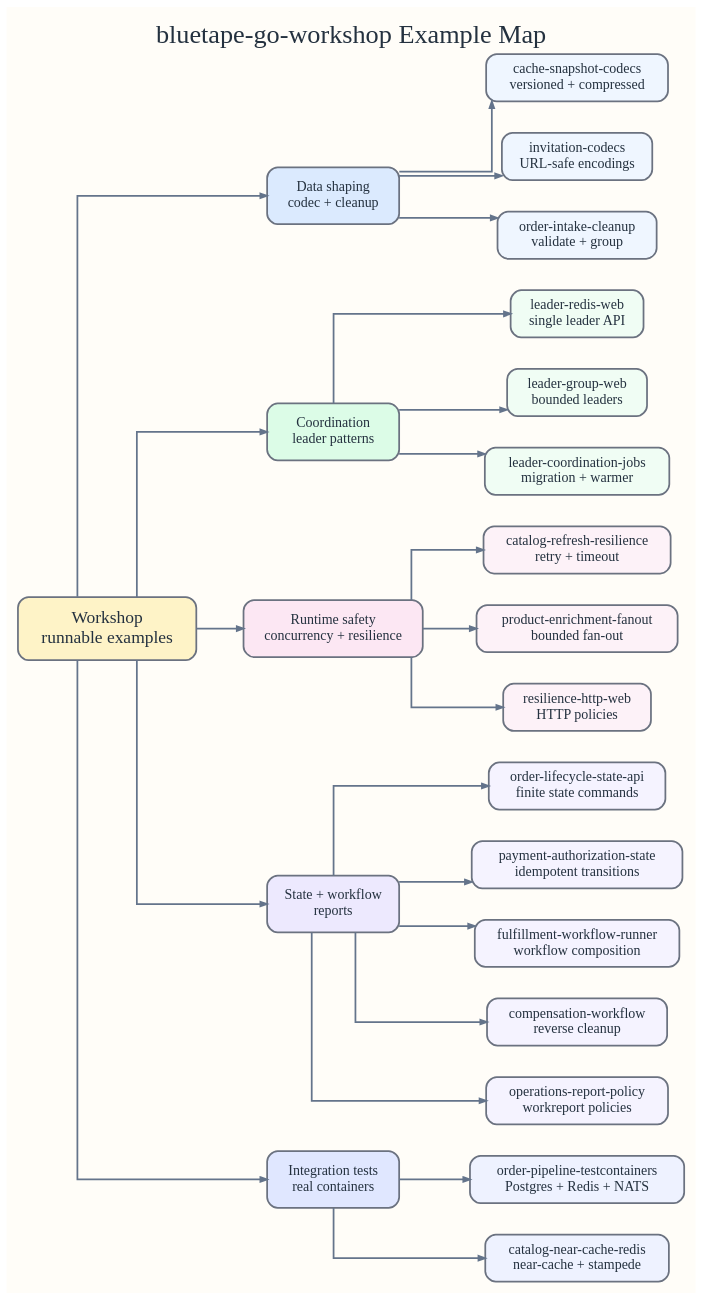
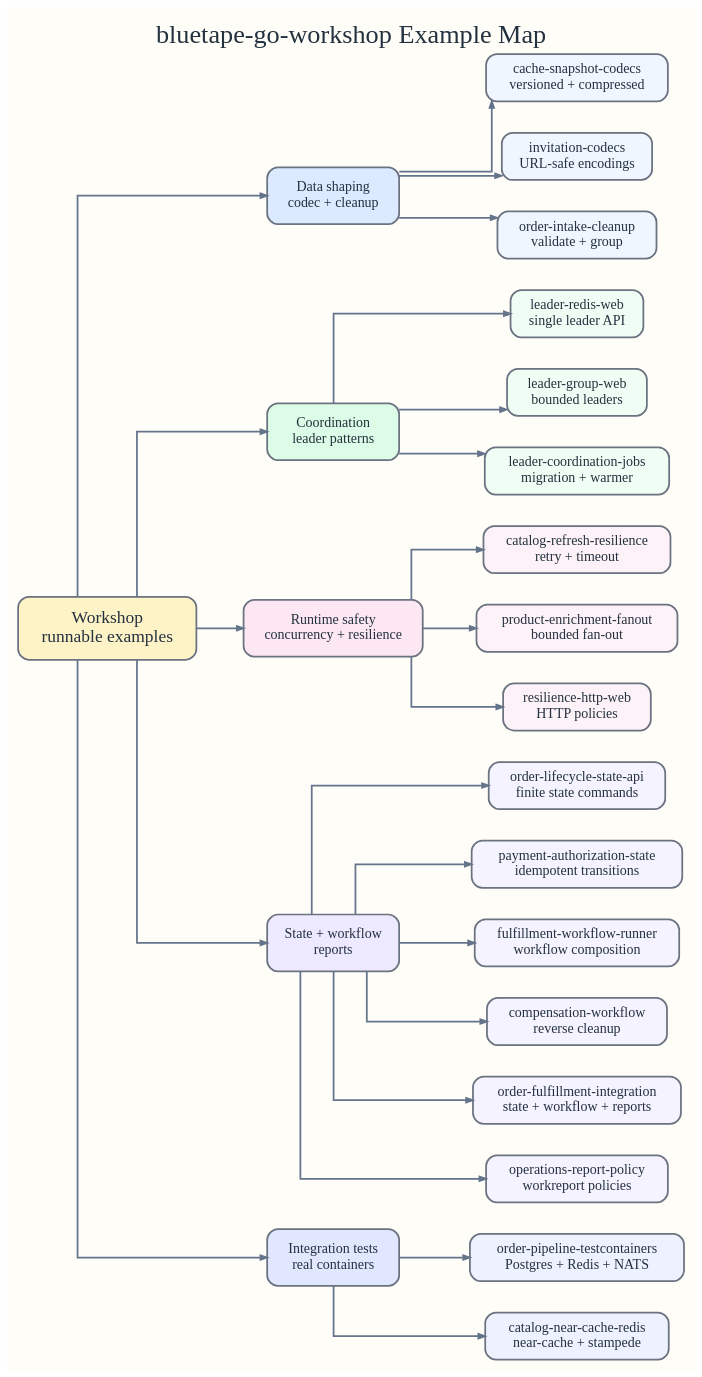
Before and after one commit to bluetape4k/bluetape-go-workshop: the diagram in docs/images/readme-diagrams/workshop-example-map.dot, drawn with Graphviz. The commit also changed 38 other files, not shown here.

First line of the commit message:
Teach integrated order fulfillment workflow

```diff
--- a/docs/images/readme-diagrams/workshop-example-map.dot
+++ b/docs/images/readme-diagrams/workshop-example-map.dot
@@ -1,81 +1,83 @@
 digraph G {
   graph [
     rankdir=LR,
     bgcolor="#fffdf8",
     margin=0.18,
     pad=0.18,
     nodesep=0.5,
     ranksep=0.75,
     splines=ortho,
     fontnames=svg,
     fontname="Architects Daughter",
     label="bluetape-go-workshop Example Map",
     labelloc=t,
     fontsize=30,
     fontcolor="#24313f"
   ];
   node [
     shape=rect,
     style="rounded,filled",
     penwidth=2,
     fontname="Comic Mono",
     fontsize=16,
     color="#6b7280",
     fontcolor="#24313f",
     margin="0.16,0.12"
   ];
   edge [
     color="#64748b",
     penwidth=2,
     arrowsize=0.75,
     fontname="Comic Mono",
     fontsize=12,
     fontcolor="#475569"
   ];
 
   workshop [label="Workshop\nrunnable examples", fillcolor="#fef3c7", fontname="Architects Daughter", fontsize=20, width=2.4, height=1.0];
   data [label="Data shaping\ncodec + cleanup", fillcolor="#dbeafe", width=2.1, height=0.9];
   leadership [label="Coordination\nleader patterns", fillcolor="#dcfce7", width=2.1, height=0.9];
   runtime [label="Runtime safety\nconcurrency + resilience", fillcolor="#fce7f3", width=2.35, height=0.9];
   stateflow [label="State + workflow\nreports", fillcolor="#ede9fe", width=2.1, height=0.9];
   integration [label="Integration tests\nreal containers", fillcolor="#e0e7ff", width=2.1, height=0.9];
 
   snapshot [label="cache-snapshot-codecs\nversioned + compressed", fillcolor="#eff6ff"];
   invites [label="invitation-codecs\nURL-safe encodings", fillcolor="#eff6ff"];
   cleanup [label="order-intake-cleanup\nvalidate + group", fillcolor="#eff6ff"];
   singleLeader [label="leader-redis-web\nsingle leader API", fillcolor="#f0fdf4"];
   groupLeader [label="leader-group-web\nbounded leaders", fillcolor="#f0fdf4"];
   jobs [label="leader-coordination-jobs\nmigration + warmer", fillcolor="#f0fdf4"];
   refresh [label="catalog-refresh-resilience\nretry + timeout", fillcolor="#fdf2f8"];
   enrich [label="product-enrichment-fanout\nbounded fan-out", fillcolor="#fdf2f8"];
   http [label="resilience-http-web\nHTTP policies", fillcolor="#fdf2f8"];
   orderState [label="order-lifecycle-state-api\nfinite state commands", fillcolor="#f5f3ff"];
   paymentState [label="payment-authorization-state\nidempotent transitions", fillcolor="#f5f3ff"];
   fulfillment [label="fulfillment-workflow-runner\nworkflow composition", fillcolor="#f5f3ff"];
   compensation [label="compensation-workflow\nreverse cleanup", fillcolor="#f5f3ff"];
+  fulfillmentIntegration [label="order-fulfillment-integration\nstate + workflow + reports", fillcolor="#f5f3ff"];
   reports [label="operations-report-policy\nworkreport policies", fillcolor="#f5f3ff"];
   pipeline [label="order-pipeline-testcontainers\nPostgres + Redis + NATS", fillcolor="#eef2ff"];
   catalogCache [label="catalog-near-cache-redis\nnear-cache + stampede", fillcolor="#eef2ff"];
 
   workshop -> data;
   workshop -> leadership;
   workshop -> runtime;
   workshop -> stateflow;
   workshop -> integration;
   data -> snapshot;
   data -> invites;
   data -> cleanup;
   leadership -> singleLeader;
   leadership -> groupLeader;
   leadership -> jobs;
   runtime -> refresh;
   runtime -> enrich;
   runtime -> http;
   stateflow -> orderState;
   stateflow -> paymentState;
   stateflow -> fulfillment;
   stateflow -> compensation;
+  stateflow -> fulfillmentIntegration;
   stateflow -> reports;
   integration -> pipeline;
   integration -> catalogCache;
 }
```
